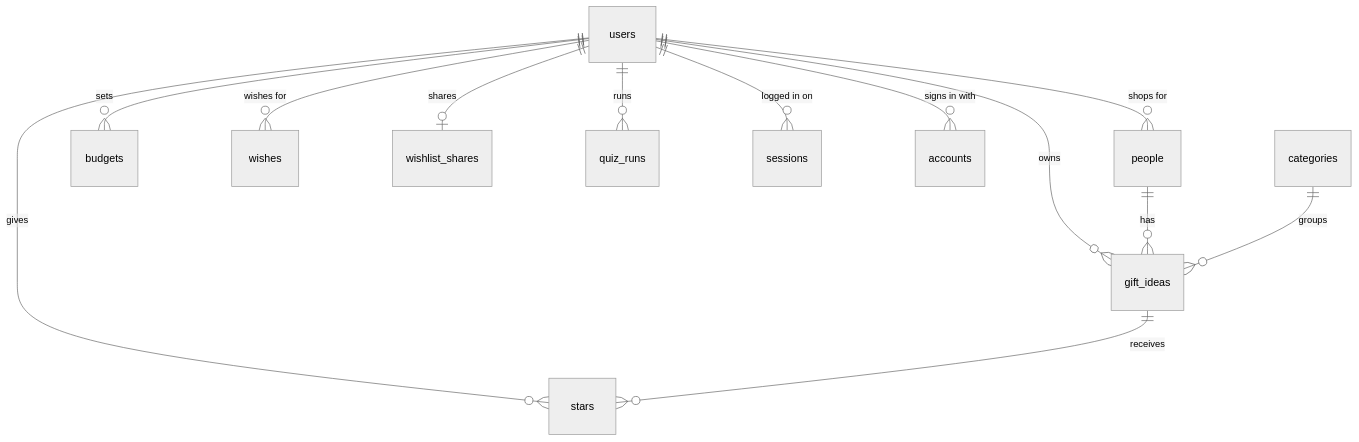
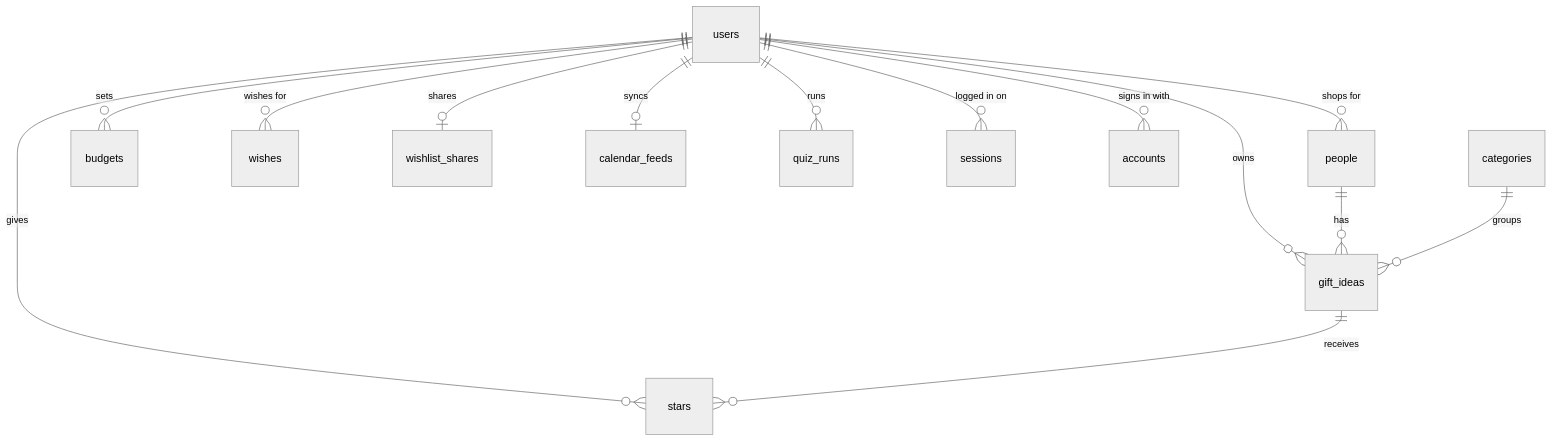
The diagram in schema.md (ankita-punjani/presently), drawn with Mermaid (neutral theme) before and after one commit. The commit also changed other lines of this file and 2 other files, not shown here.

Commit message:
Document calendar sync in schema, README and Plan vs. Reality

````diff
--- a/schema.md
+++ b/schema.md
@@ -5,15 +5,16 @@
 ```mermaid
 erDiagram
     users ||--o{ people : "shops for"
     users ||--o{ gift_ideas : owns
     users ||--o{ budgets : sets
     users ||--o{ stars : gives
     users ||--o{ wishes : "wishes for"
     users ||--o| wishlist_shares : shares
+    users ||--o| calendar_feeds : syncs
     users ||--o{ quiz_runs : runs
     users ||--o{ sessions : "logged in on"
     users ||--o{ accounts : "signs in with"
     people ||--o{ gift_ideas : has
     categories ||--o{ gift_ideas : groups
     gift_ideas ||--o{ stars : receives
 ```
````
